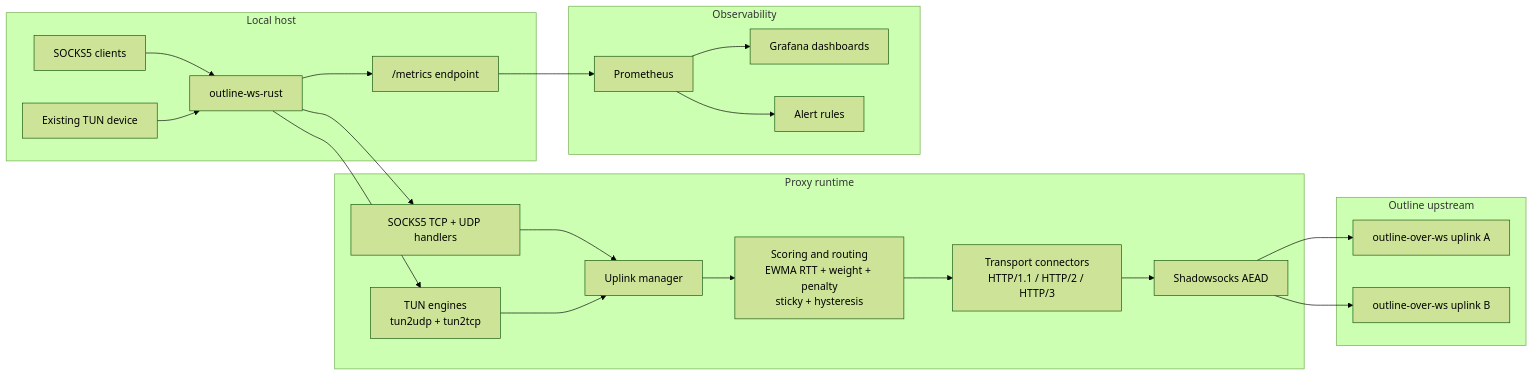
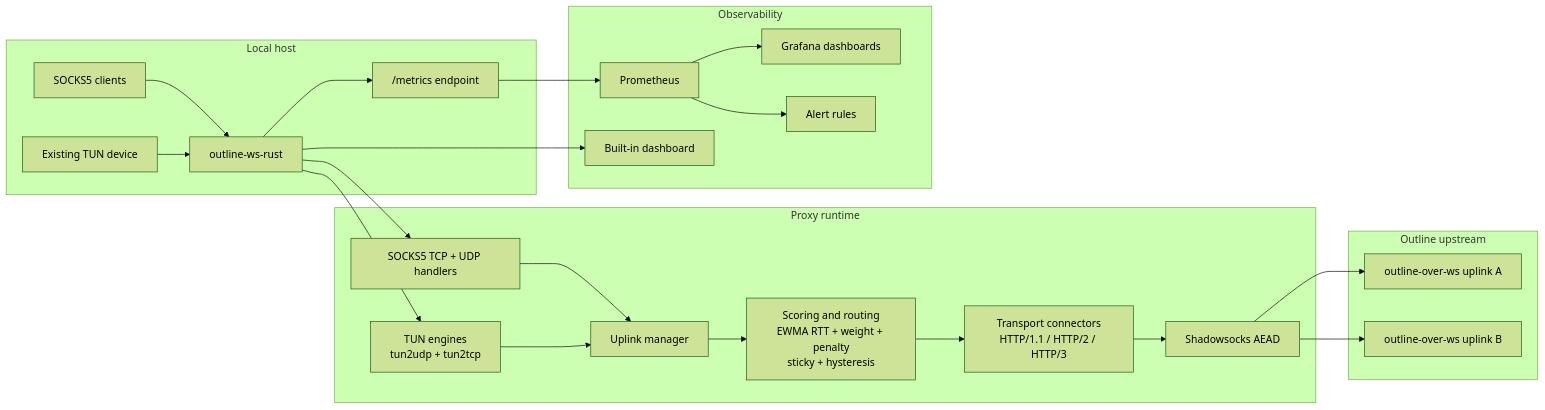
The diagram in ws/README.md (balookrd/outline-proxy), drawn with Mermaid (forest theme) before and after one commit. The commit also changed other lines of this file and 15 other files, not shown here.

Commit message:
Add built-in dashboard and remove broken control dashboards

````diff
--- a/ws/README.md
+++ b/ws/README.md
@@ -31,51 +31,53 @@
 ```mermaid
 flowchart LR
     subgraph LocalHost["Local host"]
         C["SOCKS5 clients"]
         T["Existing TUN device"]
         P["outline-ws-rust"]
         M["/metrics endpoint"]
         C --> P
         T --> P
         P --> M
     end
 
     subgraph Runtime["Proxy runtime"]
         S["SOCKS5 TCP + UDP handlers"]
         U["Uplink manager"]
         LB["Scoring and routing
 EWMA RTT + weight + penalty
 sticky + hysteresis"]
         WS["Transport connectors
 HTTP/1.1 / HTTP/2 / HTTP/3"]
         SS["Shadowsocks AEAD"]
         TT["TUN engines
 tun2udp + tun2tcp"]
     end
 
     P --> S
     P --> TT
     S --> U
     TT --> U
     U --> LB
     LB --> WS
     WS --> SS
 
     subgraph Upstream["Outline upstream"]
         O1["outline-over-ws uplink A"]
         O2["outline-over-ws uplink B"]
     end
 
     SS --> O1
     SS --> O2
 
     subgraph Observability["Observability"]
         PR["Prometheus"]
+        DASH["Built-in dashboard"]
         GD["Grafana dashboards"]
         AL["Alert rules"]
     end
 
     M --> PR
+    P --> DASH
     PR --> GD
     PR --> AL
 ```
````
